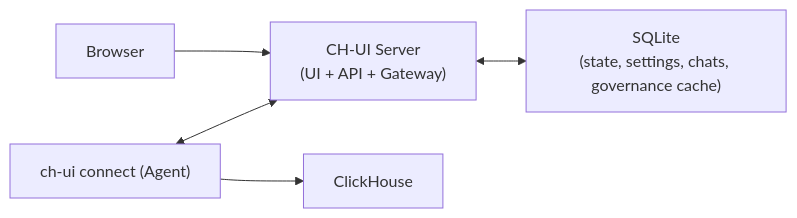
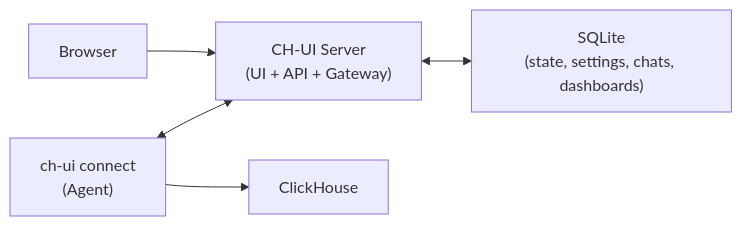
Before and after one commit to caioricciuti/ch-ui: the diagram in README.md, drawn with Mermaid. The commit also changed other lines of this file and 1 other file, not shown here.

````diff
--- a/README.md
+++ b/README.md
@@ -75,7 +248,7 @@
 ```mermaid
 flowchart LR
     U["Browser"] --> S["CH-UI Server\n(UI + API + Gateway)"]
-    S <--> DB["SQLite\n(state, settings, chats, governance cache)"]
-    A["ch-ui connect (Agent)"] <--> S
+    S <--> DB["SQLite\n(state, settings, chats, dashboards)"]
+    A["ch-ui connect\n(Agent)"] <--> S
     A --> CH["ClickHouse"]
 ```
````
